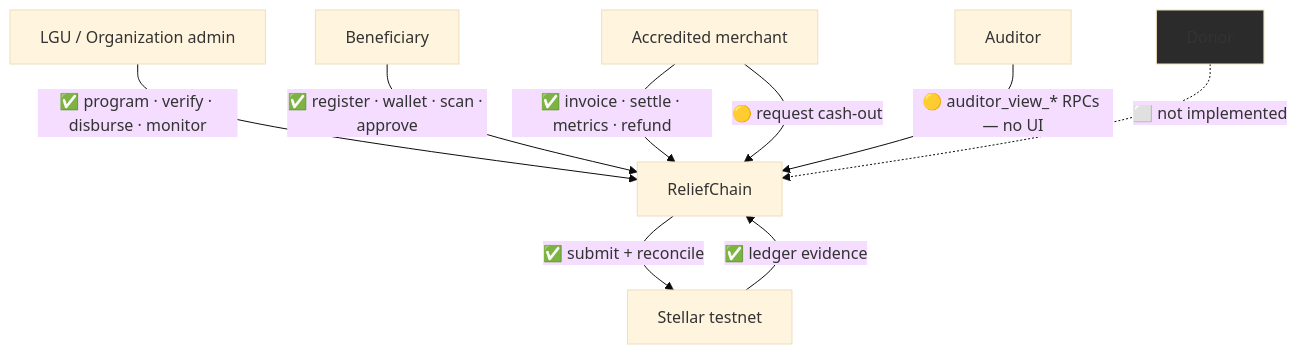
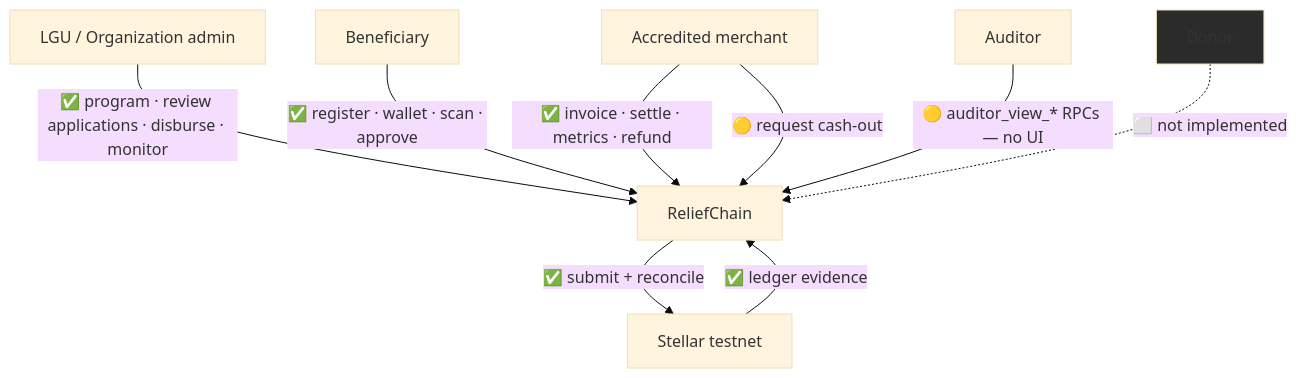
The sixth of 6 diagrams in docs/flow-reliefchain.md (ejay-detera/relief-chain), drawn with Mermaid (base theme) before and after one commit. The commit also changed other lines of this file and 25 other files, not shown here.

First line of the commit message:
feat(beneficiary): add auto-verify for new beneficiaries and geography-based program discovery

````diff
--- a/docs/flow-reliefchain.md
+++ b/docs/flow-reliefchain.md
@@ -321,20 +326,20 @@
 ```mermaid
 flowchart TB
   L["LGU / Organization admin"]
   B["Beneficiary"]
   M["Accredited merchant"]
   A["Auditor"]
   D["Donor"]
   S["Stellar testnet"]
 
-  L -->|"✅ program · verify · disburse · monitor"| APP["ReliefChain"]
+  L -->|"✅ program · review applications · disburse · monitor"| APP["ReliefChain"]
   B -->|"✅ register · wallet · scan · approve"| APP
   M -->|"✅ invoice · settle · metrics · refund"| APP
   M -->|"🟡 request cash-out"| APP
   A -->|"🟡 auditor_view_* RPCs — no UI"| APP
   D -.->|"⬜ not implemented"| APP
   APP -->|"✅ submit + reconcile"| S
   S -->|"✅ ledger evidence"| APP
 
   style D fill:#2b2b2b
 ```
````
